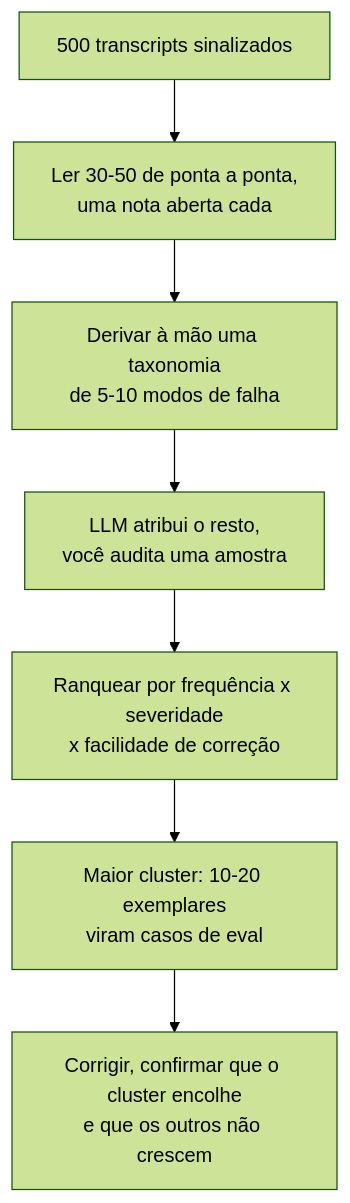
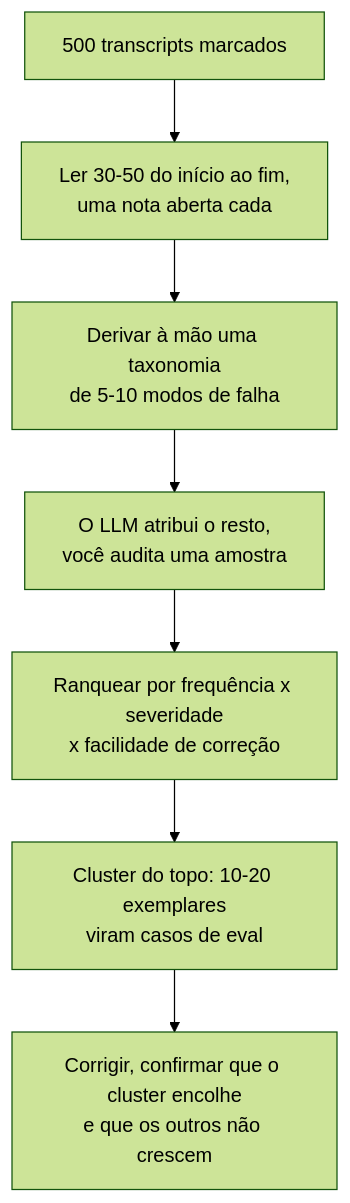
One commit to andrevberaldo/AI-Engineer-Interview-Questions changed diagram 14 of 28 in 07-evaluation-and-observability/questions.pt-BR.md. Above: the diagram before and after it, drawn with Mermaid (forest theme). The commit also changed other lines of this file and 1 other file, not shown here.

````diff
--- a/07-evaluation-and-observability/questions.pt-BR.md
+++ b/07-evaluation-and-observability/questions.pt-BR.md
@@ -730,9 +730,9 @@
 ```mermaid
 flowchart TD
-    F["500 transcripts sinalizados"] --> R["Ler 30-50 de ponta a ponta,<br/>uma nota aberta cada"]
+    F["500 transcripts marcados"] --> R["Ler 30-50 do início ao fim,<br/>uma nota aberta cada"]
     R --> T["Derivar à mão uma taxonomia<br/>de 5-10 modos de falha"]
-    T --> C["LLM atribui o resto,<br/>você audita uma amostra"]
+    T --> C["O LLM atribui o resto,<br/>você audita uma amostra"]
     C --> P["Ranquear por frequência x severidade<br/>x facilidade de correção"]
-    P --> E["Maior cluster: 10-20 exemplares<br/>viram casos de eval"]
+    P --> E["Cluster do topo: 10-20 exemplares<br/>viram casos de eval"]
     E --> X["Corrigir, confirmar que o cluster encolhe<br/>e que os outros não crescem"]
 ```
````
